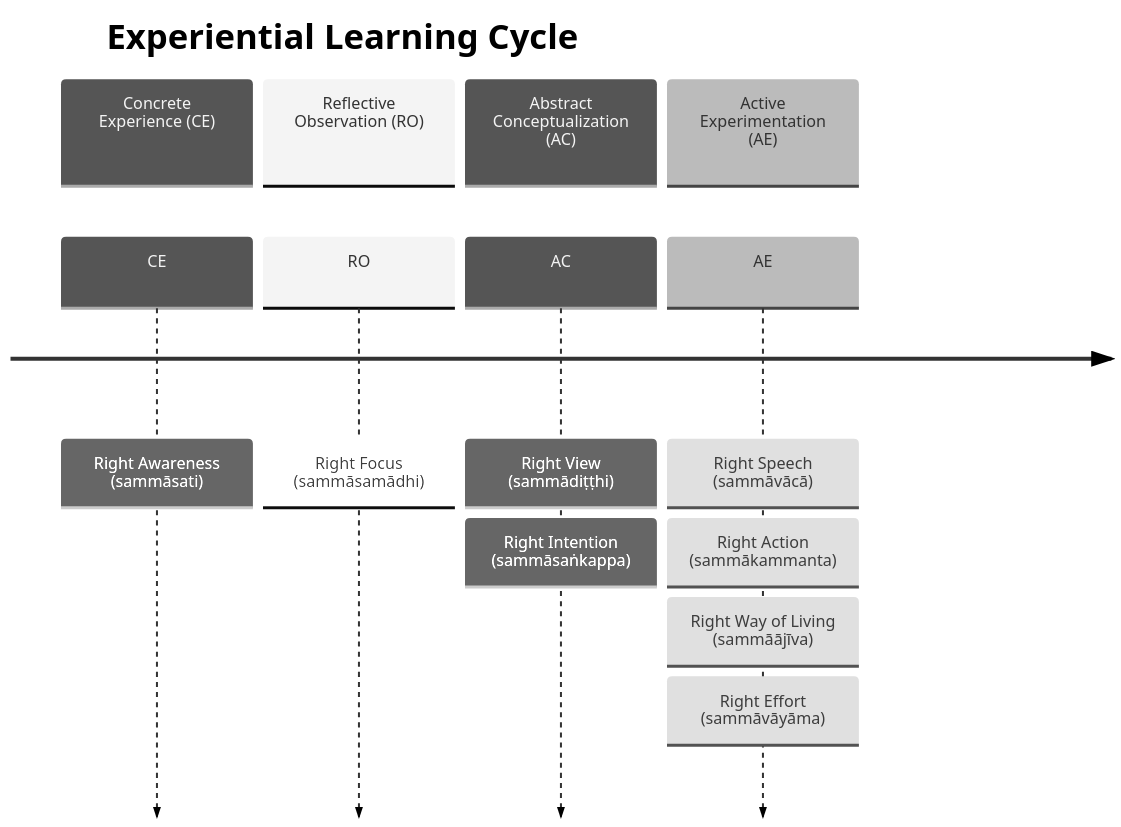
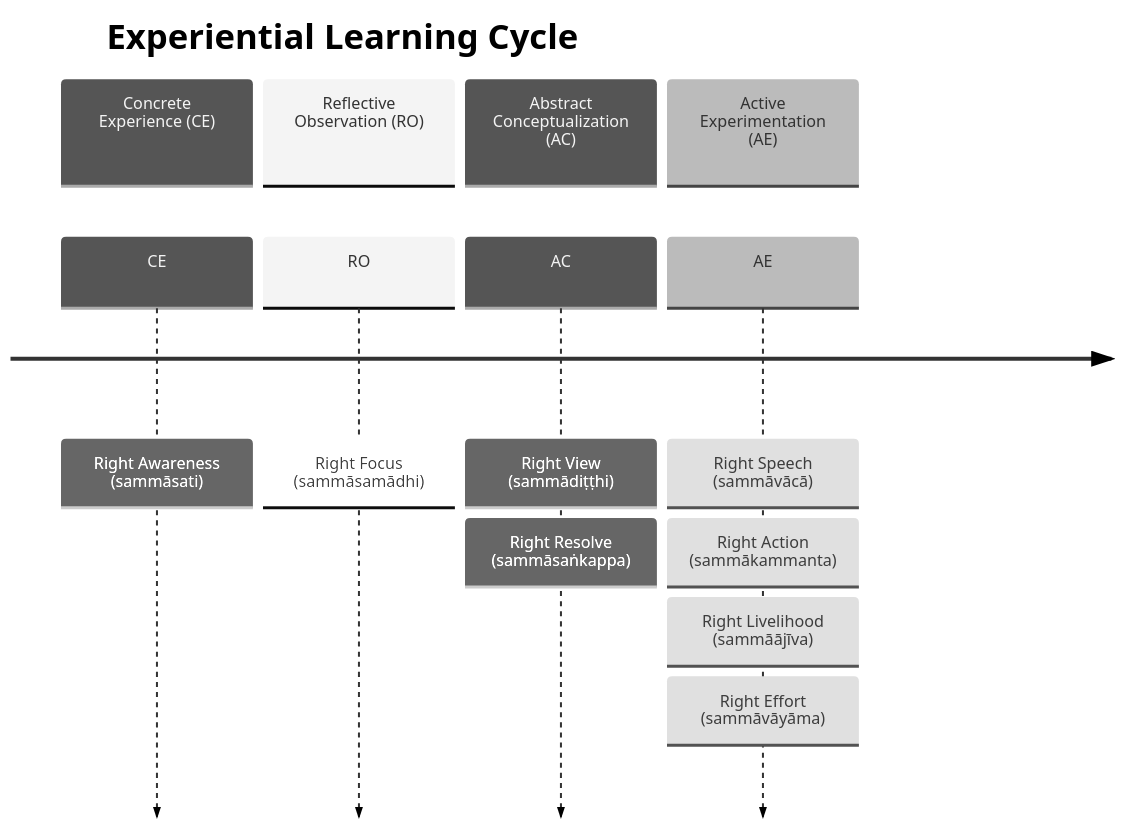
Before and after one commit to ChristineTham/buddhavacana: the diagram in src/content/docs/Articles/elc.md, drawn with Mermaid (neutral theme). The commit also changed 3 other files, not shown here.

````diff
--- a/src/content/docs/Articles/elc.md
+++ b/src/content/docs/Articles/elc.md
@@ -20,16 +20,16 @@
 ```mermaid
 timeline
 title Experiential Learning Cycle
 section Concrete Experience (CE)
 CE : Right Awareness (sammāsati)
 section Reflective Observation (RO)
 RO : Right Focus (sammāsamādhi)
 section Abstract Conceptualization (AC)
 AC : Right View (sammādiṭṭhi)
-   : Right Intention (sammāsaṅkappa)
+   : Right Resolve (sammāsaṅkappa)
 section Active Experimentation (AE)
 AE : Right Speech (sammāvācā)
    : Right Action (sammākammanta)
-   : Right Way of Living (sammāājīva)
+   : Right Livelihood (sammāājīva)
    : Right Effort (sammāvāyāma)
 ```
````
